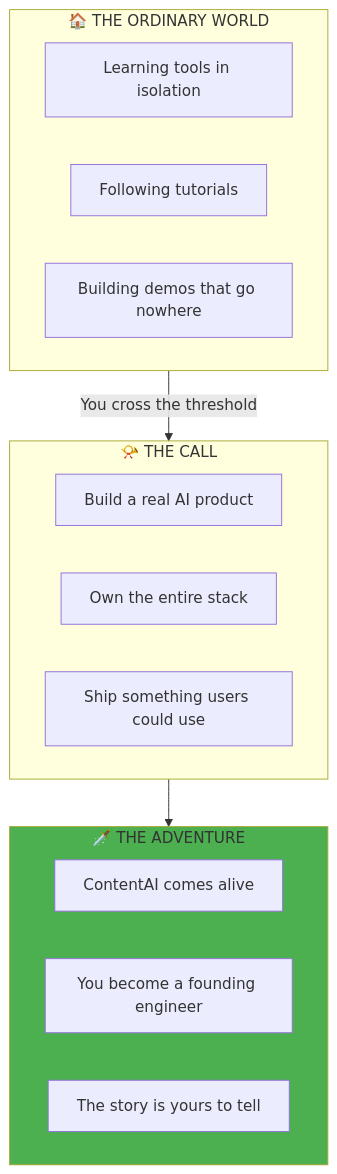
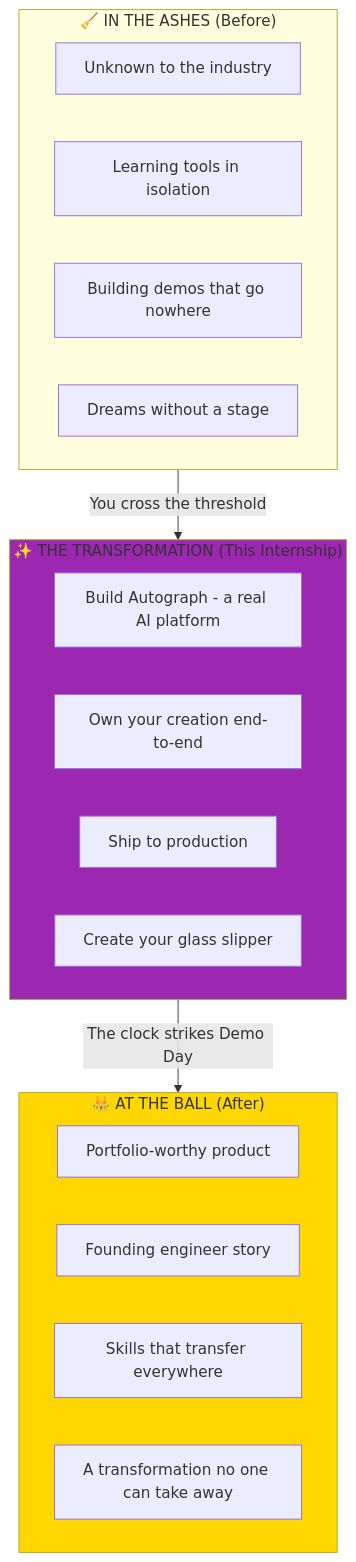
Before and after one commit to PearlThoughtsInternship/Internship-Obsidian-Vault: the first of 5 diagrams in DevOps/04-Internship/01-Before-You-Begin.md, drawn with Mermaid. The commit also changed other lines of this file and 1 other file, not shown here.

First line of the commit message:
rebrand: Autograph with Cinderella narrative

````diff
--- a/DevOps/04-Internship/01-Before-You-Begin.md
+++ b/DevOps/04-Internship/01-Before-You-Begin.md
@@ -18,25 +19,29 @@
 ```mermaid
 flowchart TB
-    subgraph Ordinary["🏠 THE ORDINARY WORLD"]
-        O1["Learning tools in isolation"]
-        O2["Following tutorials"]
-        O3["Building demos that go nowhere"]
+    subgraph Before["🧹 IN THE ASHES (Before)"]
+        B1["Unknown to the industry"]
+        B2["Learning tools in isolation"]
+        B3["Building demos that go nowhere"]
+        B4["Dreams without a stage"]
     end
 
-    subgraph Call["📯 THE CALL"]
-        C1["Build a real AI product"]
-        C2["Own the entire stack"]
-        C3["Ship something users could use"]
+    subgraph Threshold["✨ THE TRANSFORMATION (This Internship)"]
+        T1["Build Autograph - a real AI platform"]
+        T2["Own your creation end-to-end"]
+        T3["Ship to production"]
+        T4["Create your glass slipper"]
     end
 
-    subgraph Adventure["🗡️ THE ADVENTURE"]
-        A1["ContentAI comes alive"]
-        A2["You become a founding engineer"]
-        A3["The story is yours to tell"]
+    subgraph After["👑 AT THE BALL (After)"]
+        A1["Portfolio-worthy product"]
+        A2["Founding engineer story"]
+        A3["Skills that transfer everywhere"]
+        A4["A transformation no one can take away"]
     end
 
-    Ordinary -->|"You cross the threshold"| Call
-    Call --> Adventure
+    Before -->|"You cross the threshold"| Threshold
+    Threshold -->|"The clock strikes Demo Day"| After
 
-    style Adventure fill:#4CAF50
+    style Threshold fill:#9C27B0
+    style After fill:#FFD700
 ```
````
